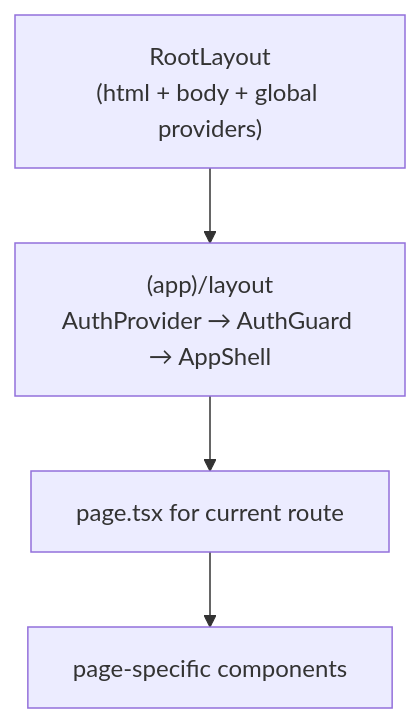
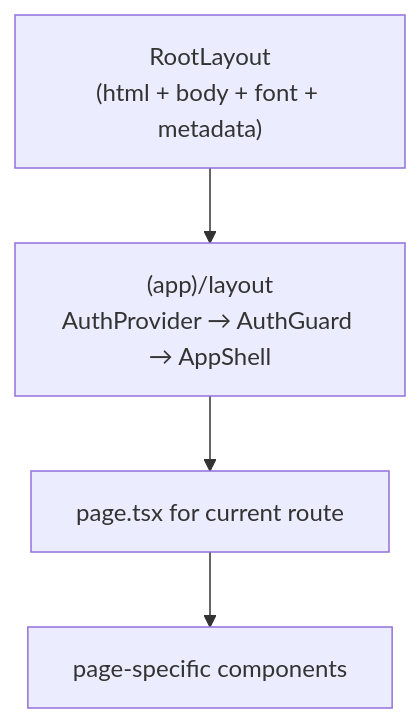
One commit to sarkar4777/abenix changed the diagram in apps/web/public/dev-docs/05-ui/00-app-shell.md. Above: the diagram before and after it, drawn with Mermaid. The commit also changed other lines of this file and 288 other files, not shown here.

````diff
--- a/apps/web/public/dev-docs/05-ui/00-app-shell.md
+++ b/apps/web/public/dev-docs/05-ui/00-app-shell.md
@@ -52,11 +46,11 @@
 ```mermaid
 flowchart TB
-  Root["RootLayout<br/>(html + body + global providers)"]
+  Root["RootLayout<br/>(html + body + font + metadata)"]
   App["(app)/layout<br/>AuthProvider → AuthGuard → AppShell"]
   Page["page.tsx for current route"]
   Components["page-specific components"]
 
   Root --> App
   App --> Page
   Page --> Components
 ```
````
